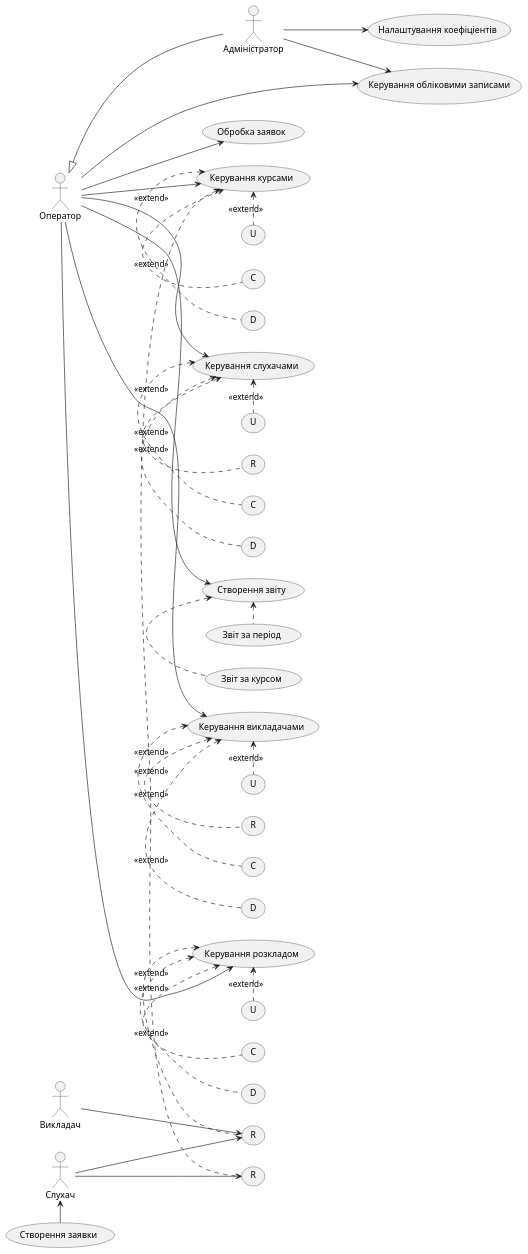
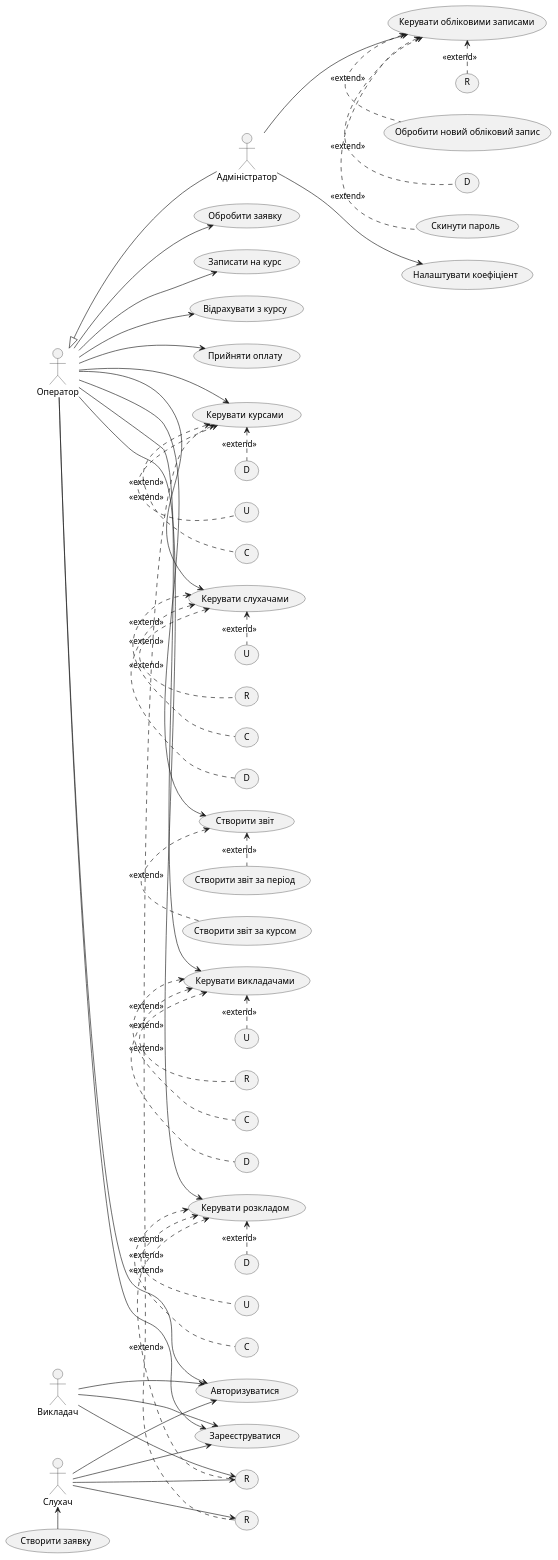
The diagram in doc/pp_pw1_uc.pu (bodqhrohro/knp2014), drawn with PlantUML before and after one commit. The commit also changed 3 other files, not shown here.

```diff
--- a/doc/pp_pw1_uc.pu
+++ b/doc/pp_pw1_uc.pu
@@ -1,69 +1,90 @@
 @startuml
 left to right direction
 
 :Слухач: as Listener
 :Оператор: as Operator
 :Адміністратор: as Admin
 :Викладач: as Teacher
 
 Operator <|-- Admin
 
-(Керування курсами) as (courses)
+(Керувати курсами) as (courses)
  (C) as (courses_c)
  (R) as (courses_r)
  (U) as (courses_u)
  (D) as (courses_d)
-(Керування слухачами) as (listeners)
+(Керувати слухачами) as (listeners)
  (C) as (listeners_c)
  (R) as (listeners_r)
  (U) as (listeners_u)
  (D) as (listeners_d)
-(Створення заявки) as (application)
-(Створення звіту) as (report)
-(Керування обліковими записами) as (accounts)
-(Керування викладачами) as (teachers)
+(Створити заявку) as (application)
+(Створити звіт) as (report)
+(Керувати обліковими записами) as (accounts)
+ (Обробити новий обліковий запис) as (accounts_proc)
+ (R) as (accounts_r)
+ (Скинути пароль) as (accounts_reset)
+ (D) as (accounts_d)
+(Керувати викладачами) as (teachers)
  (C) as (teachers_c)
  (R) as (teachers_r)
  (U) as (teachers_u)
  (D) as (teachers_d)
-(Керування розкладом) as (timetable)
+(Керувати розкладом) as (timetable)
  (C) as (timetable_c)
  (R) as (timetable_r)
  (U) as (timetable_u)
  (D) as (timetable_d)
-(Налаштування коефіціентів) as (coefsetup)
-(Обробка заявок) as (application_proc)
+(Налаштувати коефіціент) as (coefsetup)
+(Обробити заявку) as (application_proc)
+(Авторизуватися) as (authorization)
+(Зареєструватися) as (registration)
+(Записати на курс) as (enroll)
+(Відрахувати з курсу) as (senddown)
+(Прийняти оплату) as (payment)
 
 Operator --> courses
  courses <. courses_c : <<extend>>
  courses <. courses_r : <<extend>>
   Listener --> courses_r
  courses <. courses_u : <<extend>>
  courses <. courses_d : <<extend>>
 Operator --> listeners
  listeners <. listeners_c : <<extend>>
  listeners <. listeners_r : <<extend>>
  listeners <. listeners_u : <<extend>>
  listeners <. listeners_d : <<extend>>
 Listener <- application
 Operator --> report
- report <. (Звіт за період)
- report <. (Звіт за курсом)
-Operator --> accounts
+ report <. (Створити звіт за період) : <<extend>>
+ report <. (Створити звіт за курсом) : <<extend>>
 Admin --> accounts
+ accounts <. accounts_proc : <<extend>>
+ accounts <. accounts_r : <<extend>>
+ accounts <. accounts_reset : <<extend>>
+ accounts <. accounts_d : <<extend>>
 Operator --> teachers
  teachers <. teachers_c : <<extend>>
  teachers <. teachers_r : <<extend>>
  teachers <. teachers_u : <<extend>>
  teachers <. teachers_d : <<extend>>
 Operator --> timetable
  timetable <. timetable_c : <<extend>>
  timetable <. timetable_r : <<extend>>
   Listener --> timetable_r
   Teacher --> timetable_r
  timetable <. timetable_u : <<extend>>
  timetable <. timetable_d : <<extend>>
 Admin --> coefsetup
 Operator --> application_proc
+Listener --> registration
+Teacher --> registration
+Operator --> registration
+Listener --> authorization
+Teacher --> authorization
+Operator --> authorization
+Operator --> enroll
+Operator --> senddown
+Operator --> payment
 
 @enduml
```
